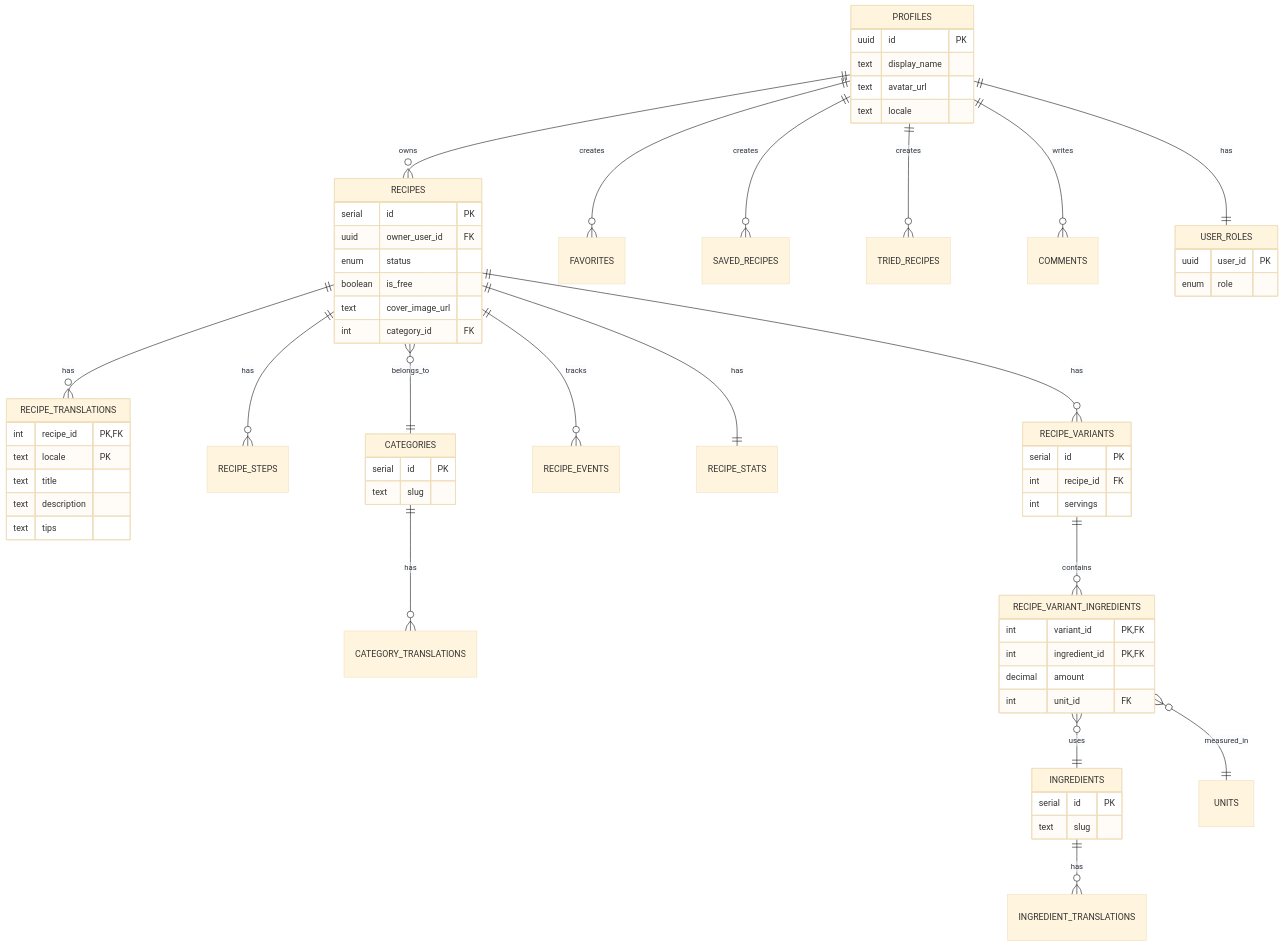
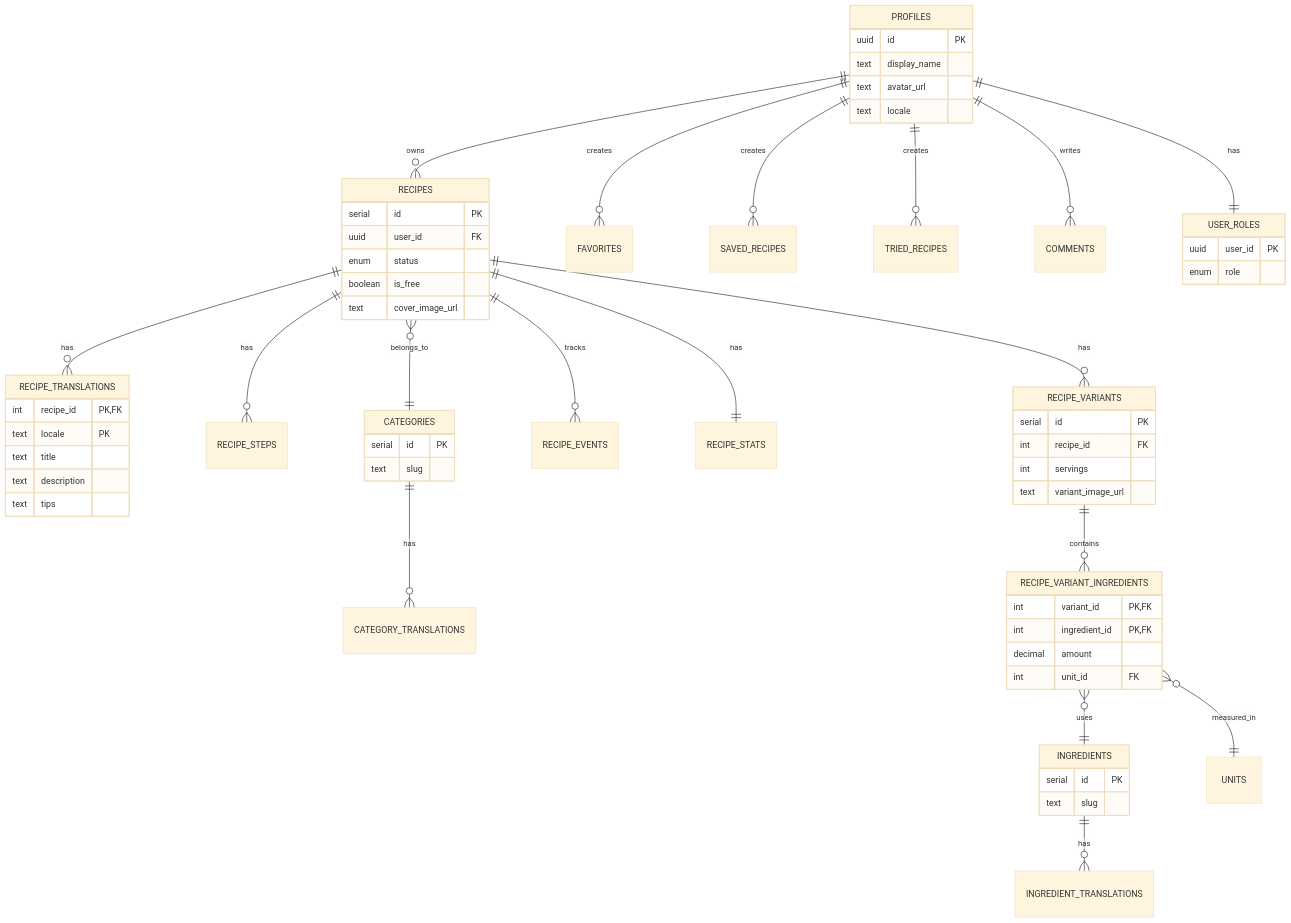
The second of 6 diagrams in README.md (NurhayatYurtaslan/recipio), drawn with Mermaid (base theme) before and after one commit. The commit also changed other lines of this file, not shown here.

Commit message:
docs: update README.md to reflect changes in database schema, component integration, and SQL views for improved recipe management and user experience

````diff
--- a/README.md
+++ b/README.md
@@ -108,76 +108,76 @@
 ```mermaid
 erDiagram
     PROFILES ||--o{ RECIPES : owns
     PROFILES ||--o{ FAVORITES : creates
     PROFILES ||--o{ SAVED_RECIPES : creates
     PROFILES ||--o{ TRIED_RECIPES : creates
     PROFILES ||--o{ COMMENTS : writes
     PROFILES ||--|| USER_ROLES : has
     
     RECIPES ||--o{ RECIPE_TRANSLATIONS : has
     RECIPES ||--o{ RECIPE_STEPS : has
     RECIPES ||--o{ RECIPE_VARIANTS : has
     RECIPES ||--o{ RECIPE_EVENTS : tracks
     RECIPES ||--|| RECIPE_STATS : has
     RECIPES }o--|| CATEGORIES : belongs_to
     
     CATEGORIES ||--o{ CATEGORY_TRANSLATIONS : has
     
     RECIPE_VARIANTS ||--o{ RECIPE_VARIANT_INGREDIENTS : contains
     RECIPE_VARIANT_INGREDIENTS }o--|| INGREDIENTS : uses
     RECIPE_VARIANT_INGREDIENTS }o--|| UNITS : measured_in
     
     INGREDIENTS ||--o{ INGREDIENT_TRANSLATIONS : has
 
     PROFILES {
         uuid id PK
         text display_name
         text avatar_url
         text locale
     }
     
     USER_ROLES {
         uuid user_id PK
         enum role
     }
     
     RECIPES {
         serial id PK
-        uuid owner_user_id FK
+        uuid user_id FK
         enum status
         boolean is_free
         text cover_image_url
-        int category_id FK
     }
     
     RECIPE_TRANSLATIONS {
         int recipe_id PK,FK
         text locale PK
         text title
         text description
         text tips
     }
     
     RECIPE_VARIANTS {
         serial id PK
         int recipe_id FK
         int servings
+        text variant_image_url
     }
     
     RECIPE_VARIANT_INGREDIENTS {
         int variant_id PK,FK
         int ingredient_id PK,FK
         decimal amount
         int unit_id FK
     }
     
     INGREDIENTS {
         serial id PK
         text slug
     }
     
     CATEGORIES {
         serial id PK
         text slug
     }
 ```
````
